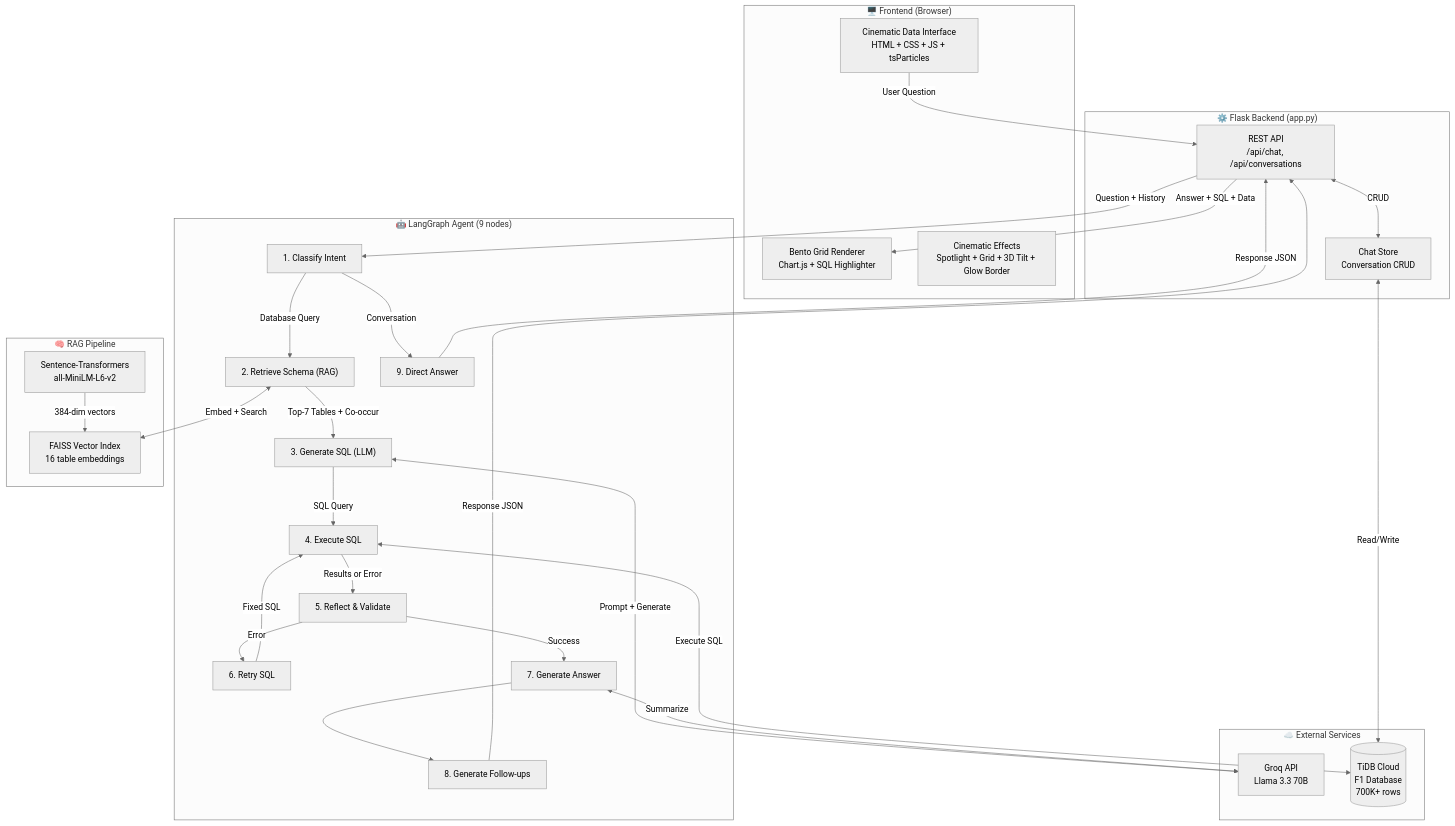
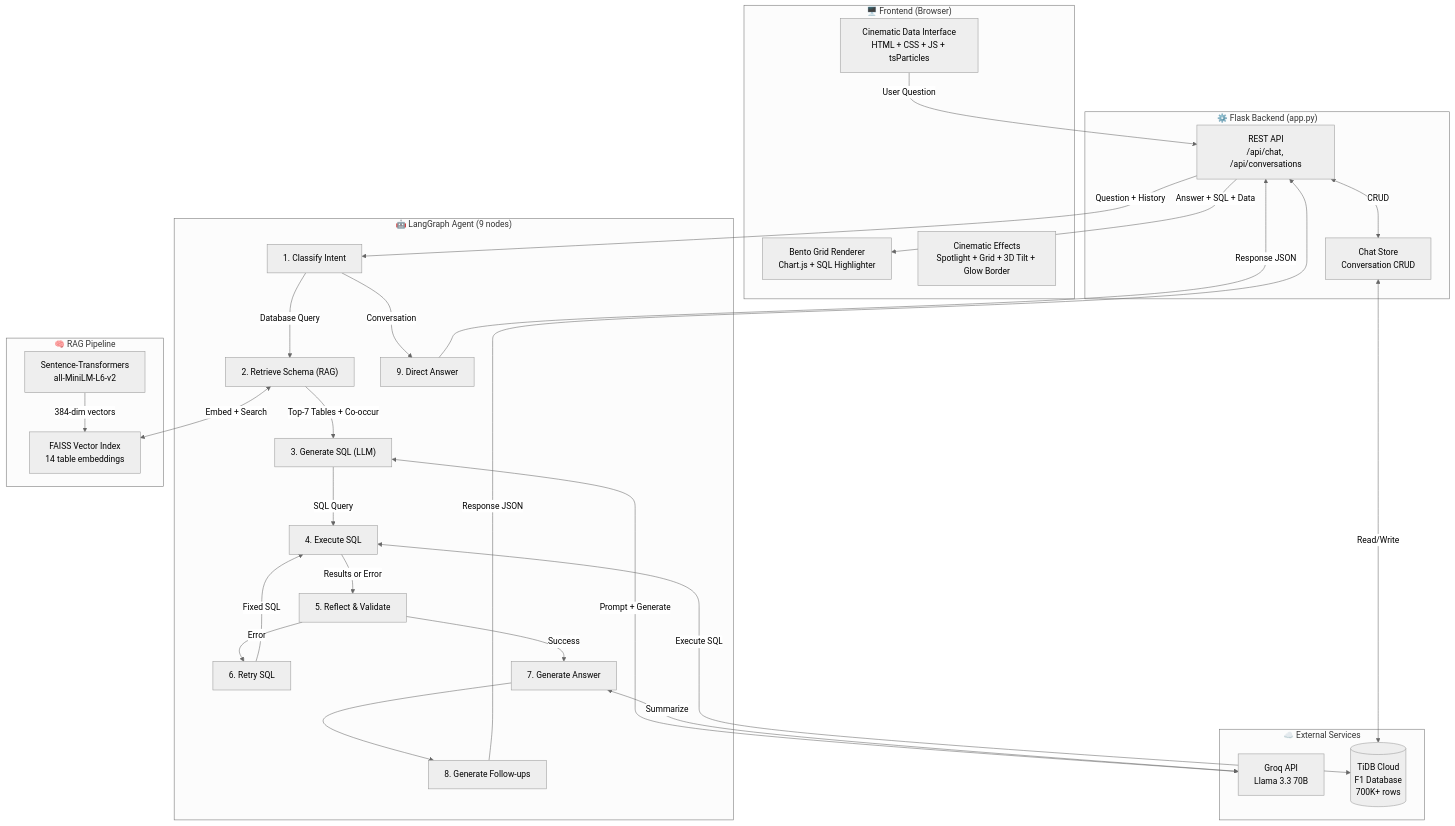
Before and after one commit to Venkateswara-Sahu/AI_Powered_Text-to-SQL_RAG_Chatbot: the first of 6 diagrams in REPORT.md, drawn with Mermaid (neutral theme). The commit also changed other lines of this file and 8 other files, not shown here.

Commit message:
added architecture page

````diff
--- a/REPORT.md
+++ b/REPORT.md
@@ -111,57 +111,57 @@
 ```mermaid
 graph TB
     subgraph Frontend ["🖥️ Frontend (Browser)"]
         UI["Cinematic Data Interface<br/>HTML + CSS + JS + tsParticles"]
         BG["Bento Grid Renderer<br/>Chart.js + SQL Highlighter"]
         FX["Cinematic Effects<br/>Spotlight + Grid + 3D Tilt + Glow Border"]
     end
 
     subgraph Backend ["⚙️ Flask Backend (app.py)"]
         API["REST API<br/>/api/chat, /api/conversations"]
         CS["Chat Store<br/>Conversation CRUD"]
     end
 
     subgraph Agent ["🤖 LangGraph Agent (9 nodes)"]
         CL["1. Classify Intent"]
         RS["2. Retrieve Schema (RAG)"]
         GS["3. Generate SQL (LLM)"]
         EX["4. Execute SQL"]
         RF["5. Reflect & Validate"]
         RT["6. Retry SQL"]
         GA["7. Generate Answer"]
         GF["8. Generate Follow-ups"]
         DA["9. Direct Answer"]
     end
 
     subgraph RAG ["🧠 RAG Pipeline"]
         EMB["Sentence-Transformers<br/>all-MiniLM-L6-v2"]
-        FAISS["FAISS Vector Index<br/>16 table embeddings"]
+        FAISS["FAISS Vector Index<br/>14 table embeddings"]
     end
 
     subgraph External ["☁️ External Services"]
         GROQ["Groq API<br/>Llama 3.3 70B"]
         TIDB[("TiDB Cloud<br/>F1 Database<br/>700K+ rows")]
     end
 
     UI -->|User Question| API
     API -->|Question + History| CL
     CL -->|Database Query| RS
     CL -->|Conversation| DA
     RS -->|Top-7 Tables + Co-occur| GS
     GS -->|SQL Query| EX
     EX -->|Results or Error| RF
     RF -->|Error| RT
     RT -->|Fixed SQL| EX
     RF -->|Success| GA
     GA --> GF
     GF -->|Response JSON| API
     DA -->|Response JSON| API
     API -->|Answer + SQL + Data| BG
     API <-->|CRUD| CS
     CS <-->|Read/Write| TIDB
     RS <-->|Embed + Search| FAISS
     EMB -->|384-dim vectors| FAISS
     GS <-->|Prompt + Generate| GROQ
     GA <-->|Summarize| GROQ
     EX <-->|Execute SQL| TIDB
 ```
````
